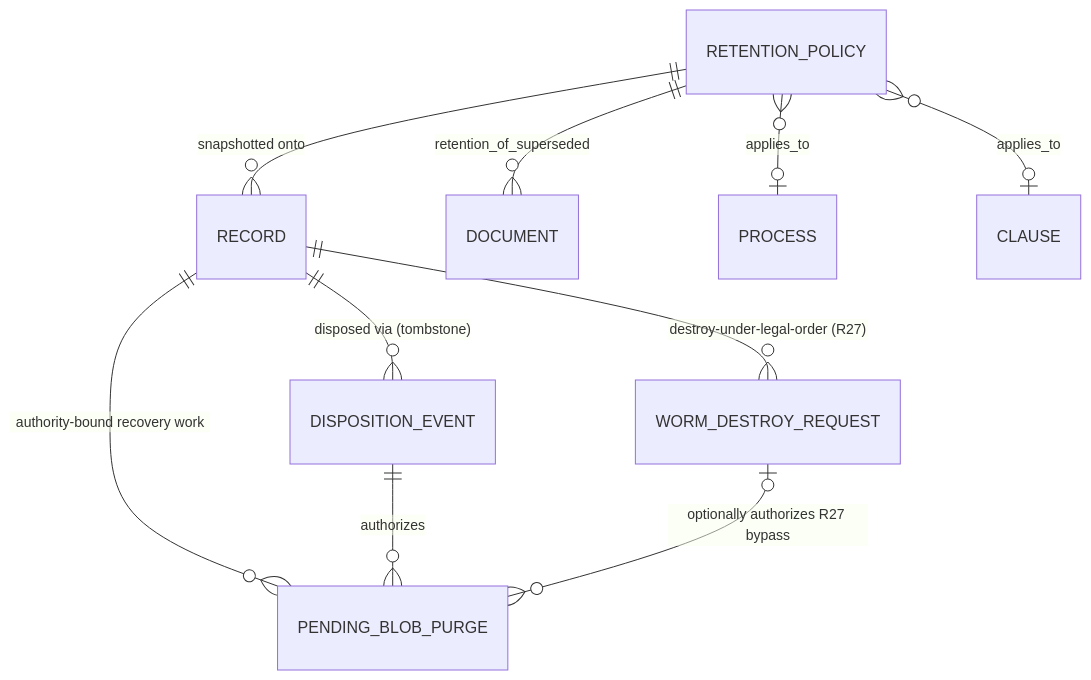
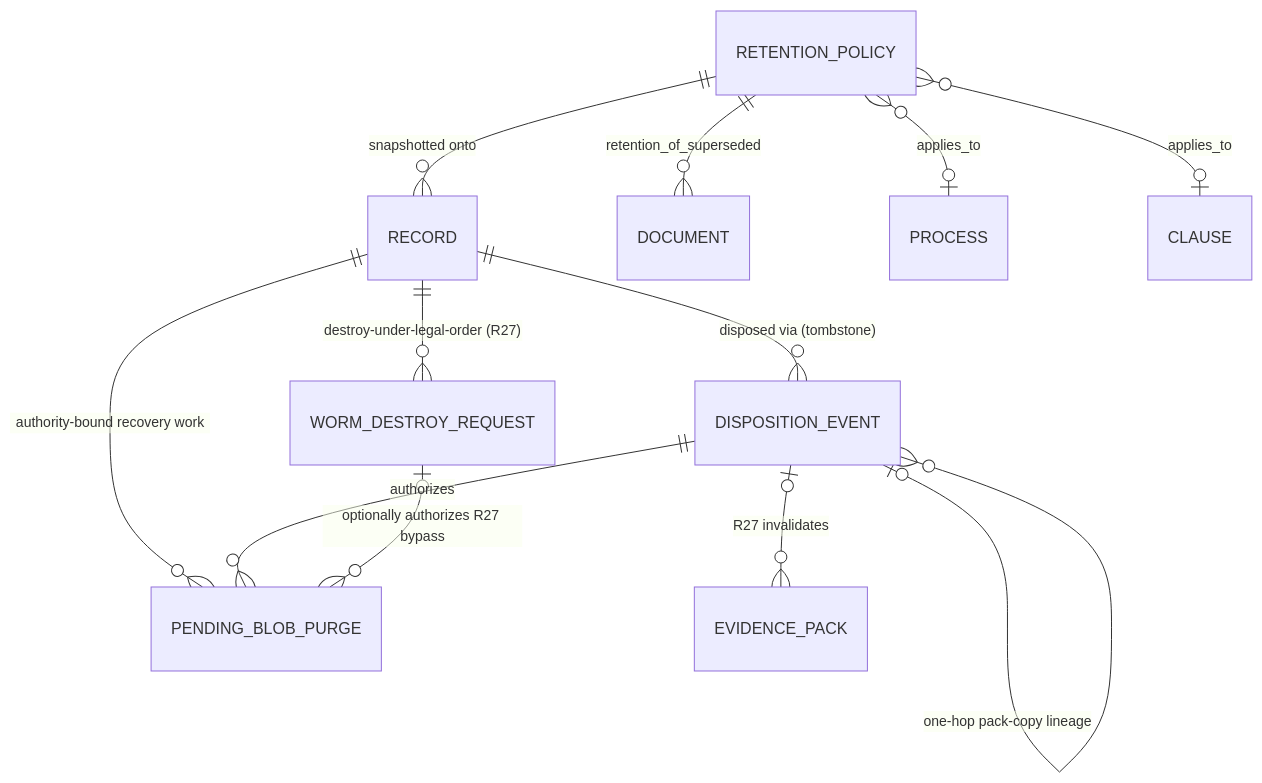
The tenth of 13 diagrams in docs/14-data-model.md (CoJoA13/EasySynQ), drawn with Mermaid before and after one commit. The commit also changed other lines of this file and 30 other files, not shown here.

````diff
--- a/docs/14-data-model.md
+++ b/docs/14-data-model.md
@@ -496,12 +496,14 @@
 ```mermaid
 erDiagram
     RETENTION_POLICY ||--o{ RECORD : "snapshotted onto"
     RETENTION_POLICY ||--o{ DOCUMENT : "retention_of_superseded"
     RECORD ||--o{ DISPOSITION_EVENT : "disposed via (tombstone)"
     RECORD ||--o{ WORM_DESTROY_REQUEST : "destroy-under-legal-order (R27)"
     RECORD ||--o{ PENDING_BLOB_PURGE : "authority-bound recovery work"
     DISPOSITION_EVENT ||--o{ PENDING_BLOB_PURGE : "authorizes"
+    DISPOSITION_EVENT |o--o{ DISPOSITION_EVENT : "one-hop pack-copy lineage"
+    DISPOSITION_EVENT |o--o{ EVIDENCE_PACK : "R27 invalidates"
     WORM_DESTROY_REQUEST |o--o{ PENDING_BLOB_PURGE : "optionally authorizes R27 bypass"
     RETENTION_POLICY }o--o| PROCESS : "applies_to"
     RETENTION_POLICY }o--o| CLAUSE : "applies_to"
 ```
````
